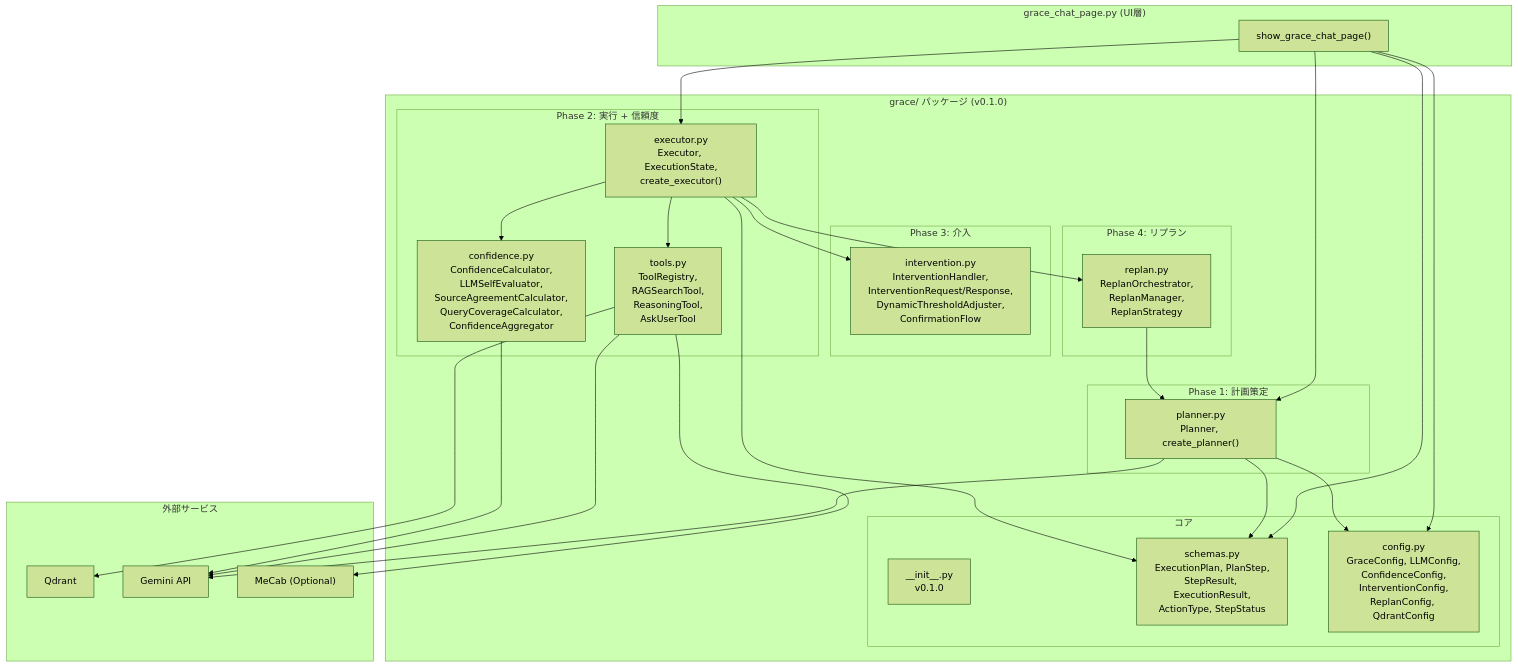
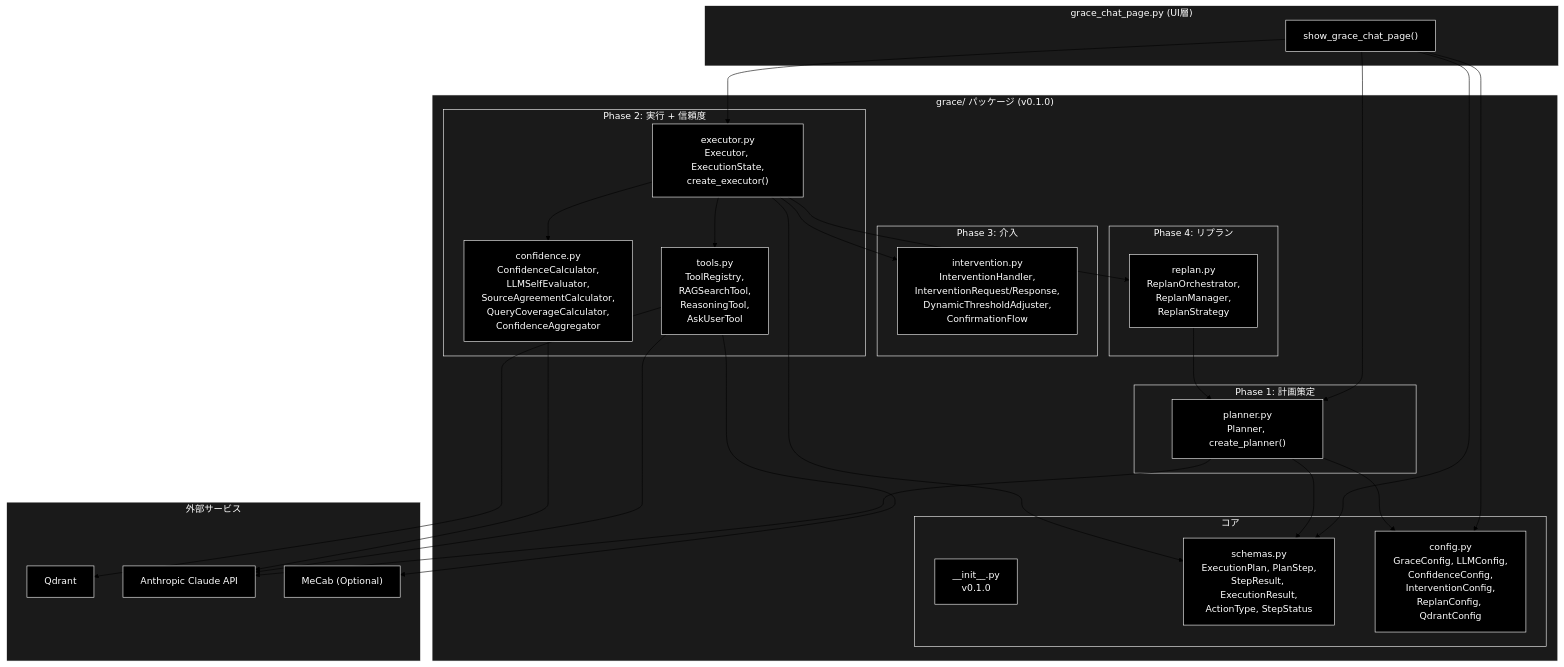
Before and after one commit to nakashima2toshio/anthropic_grace_agent: the ninth of 13 diagrams in readme_autonomous_agent.md, drawn with Mermaid (forest theme). The commit also changed other lines of this file and 11 other files, not shown here.

````diff
--- a/readme_autonomous_agent.md
+++ b/readme_autonomous_agent.md
@@ -1062,60 +1112,71 @@
 ```mermaid
 flowchart TB
     subgraph UI["grace_chat_page.py (UI層)"]
         Page["show_grace_chat_page()"]
     end
 
     subgraph GracePackage["grace/ パッケージ (v0.1.0)"]
         subgraph Core["コア"]
             Init["__init__.py<br/>v0.1.0"]
             Schemas["schemas.py<br/>ExecutionPlan, PlanStep,<br/>StepResult, ExecutionResult,<br/>ActionType, StepStatus"]
             Config["config.py<br/>GraceConfig, LLMConfig,<br/>ConfidenceConfig,<br/>InterventionConfig,<br/>ReplanConfig, QdrantConfig"]
         end
 
         subgraph Phase1["Phase 1: 計画策定"]
             PlannerMod["planner.py<br/>Planner, create_planner()"]
         end
 
         subgraph Phase2["Phase 2: 実行 + 信頼度"]
             ExecutorMod["executor.py<br/>Executor, ExecutionState,<br/>create_executor()"]
             ToolsMod["tools.py<br/>ToolRegistry,<br/>RAGSearchTool,<br/>ReasoningTool,<br/>AskUserTool"]
             ConfMod["confidence.py<br/>ConfidenceCalculator,<br/>LLMSelfEvaluator,<br/>SourceAgreementCalculator,<br/>QueryCoverageCalculator,<br/>ConfidenceAggregator"]
         end
 
         subgraph Phase3["Phase 3: 介入"]
             IntervMod["intervention.py<br/>InterventionHandler,<br/>InterventionRequest/Response,<br/>DynamicThresholdAdjuster,<br/>ConfirmationFlow"]
         end
 
         subgraph Phase4["Phase 4: リプラン"]
             ReplanMod["replan.py<br/>ReplanOrchestrator,<br/>ReplanManager,<br/>ReplanStrategy"]
         end
     end
 
     subgraph External["外部サービス"]
         Qdrant["Qdrant"]
-        Gemini["Gemini API"]
+        Claude["Anthropic Claude API"]
         MeCab["MeCab (Optional)"]
     end
 
     Page --> PlannerMod
     Page --> ExecutorMod
     Page --> Schemas
     Page --> Config
 
     PlannerMod --> Schemas
     PlannerMod --> Config
-    PlannerMod --> Gemini
+    PlannerMod --> Claude
 
     ExecutorMod --> ToolsMod
     ExecutorMod --> ConfMod
     ExecutorMod --> IntervMod
     ExecutorMod --> ReplanMod
     ExecutorMod --> Schemas
 
     ToolsMod --> Qdrant
-    ToolsMod --> Gemini
+    ToolsMod --> Claude
     ToolsMod --> MeCab
 
-    ConfMod --> Gemini
+    ConfMod --> Claude
     ReplanMod --> PlannerMod
+classDef default fill:#000,stroke:#fff,color:#fff
+classDef subgraphStyle fill:#1a1a1a,stroke:#fff,color:#fff
+class API,Claude,ConfMod,Config,ExecutorMod,Init,IntervMod,MeCab,Page,PlannerMod,Qdrant,QdrantConfig,ReplanMod,Schemas,StepStatus,ToolsMod,create_planner default
+style UI fill:#1a1a1a,stroke:#fff,color:#fff
+style GracePackage fill:#1a1a1a,stroke:#fff,color:#fff
+style Core fill:#1a1a1a,stroke:#fff,color:#fff
+style Phase1 fill:#1a1a1a,stroke:#fff,color:#fff
+style Phase2 fill:#1a1a1a,stroke:#fff,color:#fff
+style Phase3 fill:#1a1a1a,stroke:#fff,color:#fff
+style Phase4 fill:#1a1a1a,stroke:#fff,color:#fff
+style External fill:#1a1a1a,stroke:#fff,color:#fff
 ```
````
